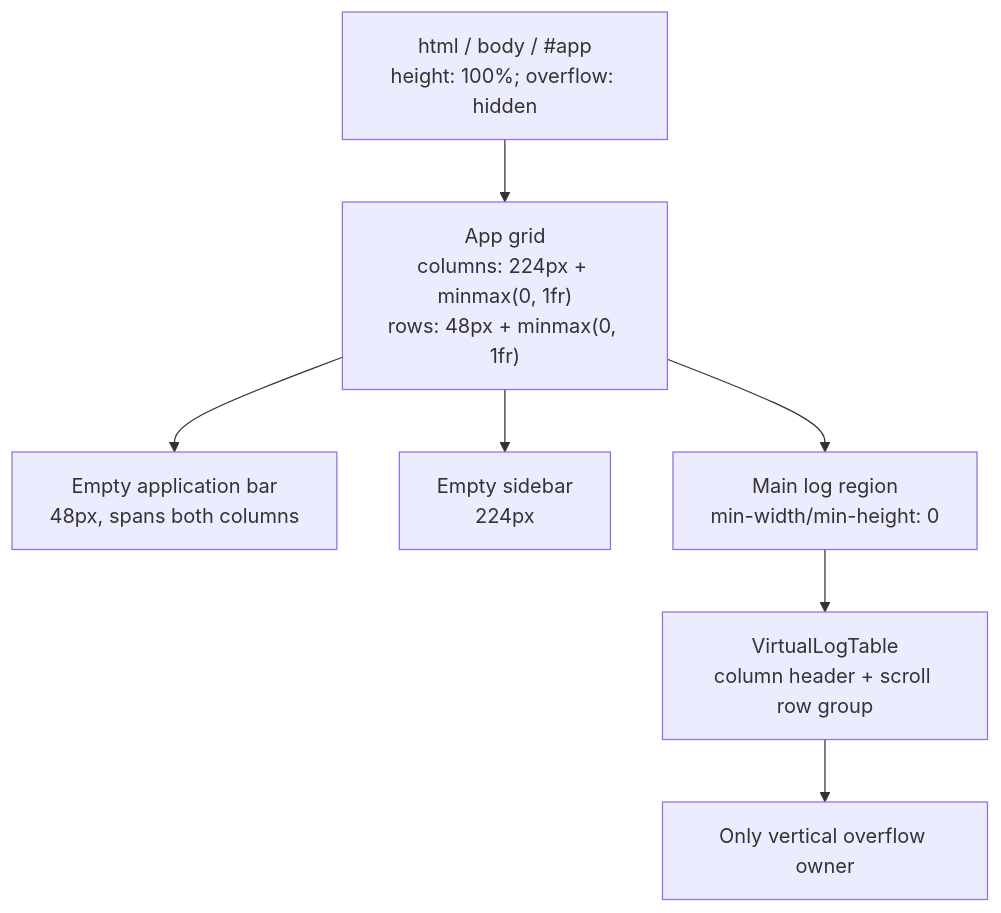
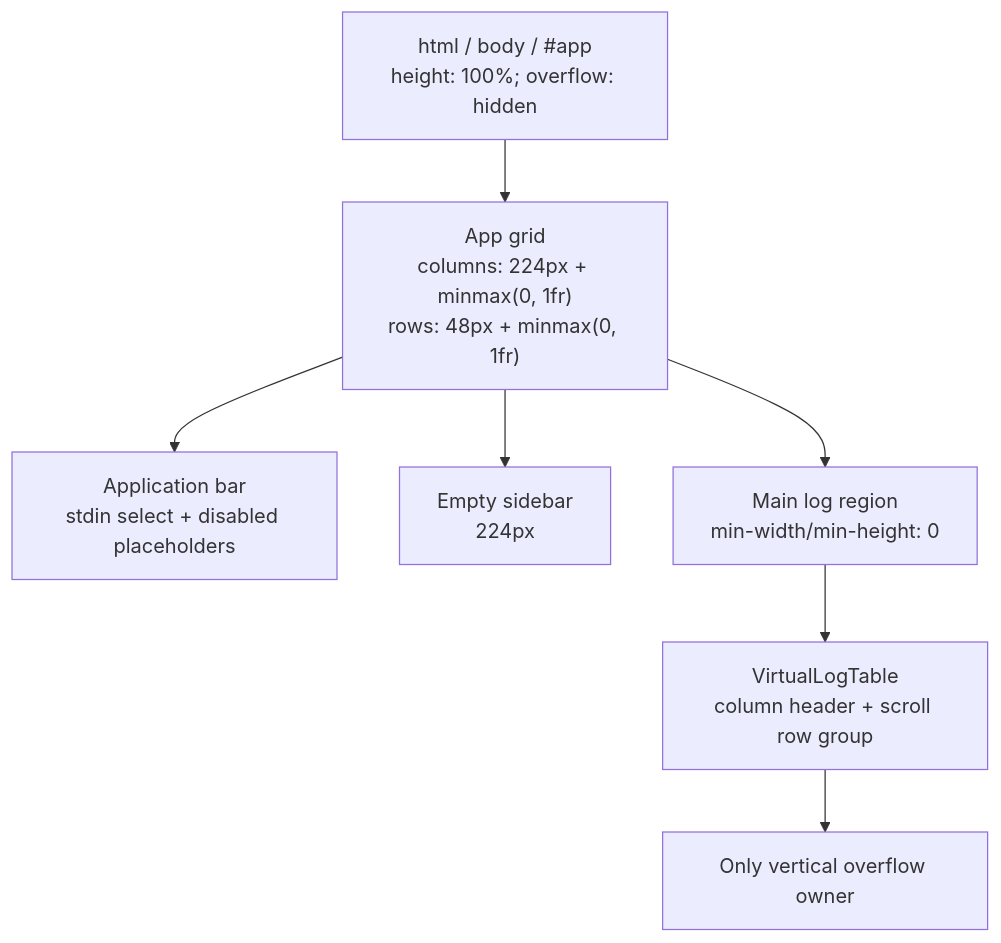
One commit to jpetroff/streamline changed the first of 5 diagrams in .memory/frontend.md. Above: the diagram before and after it, drawn with Mermaid. The commit also changed other lines of this file and 29 other files, not shown here.

````diff
--- a/.memory/frontend.md
+++ b/.memory/frontend.md
@@ -44,9 +44,9 @@
 ```mermaid
 flowchart TB
   Viewport["html / body / #app<br/>height: 100%; overflow: hidden"] --> Shell["App grid<br/>columns: 224px + minmax(0, 1fr)<br/>rows: 48px + minmax(0, 1fr)"]
-  Shell --> Top["Empty application bar<br/>48px, spans both columns"]
+  Shell --> Top["Application bar<br/>stdin select + disabled placeholders"]
   Shell --> Sidebar["Empty sidebar<br/>224px"]
   Shell --> Main["Main log region<br/>min-width/min-height: 0"]
   Main --> Table["VirtualLogTable<br/>column header + scroll row group"]
   Table --> Scroller["Only vertical overflow owner"]
 ```
````
